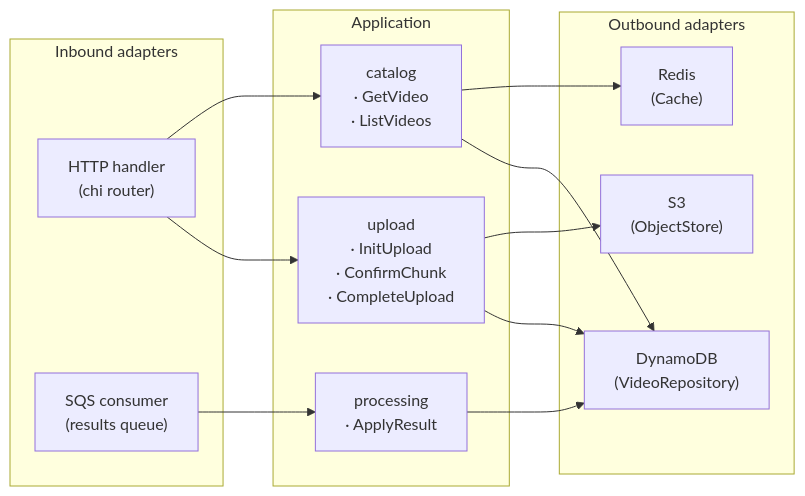
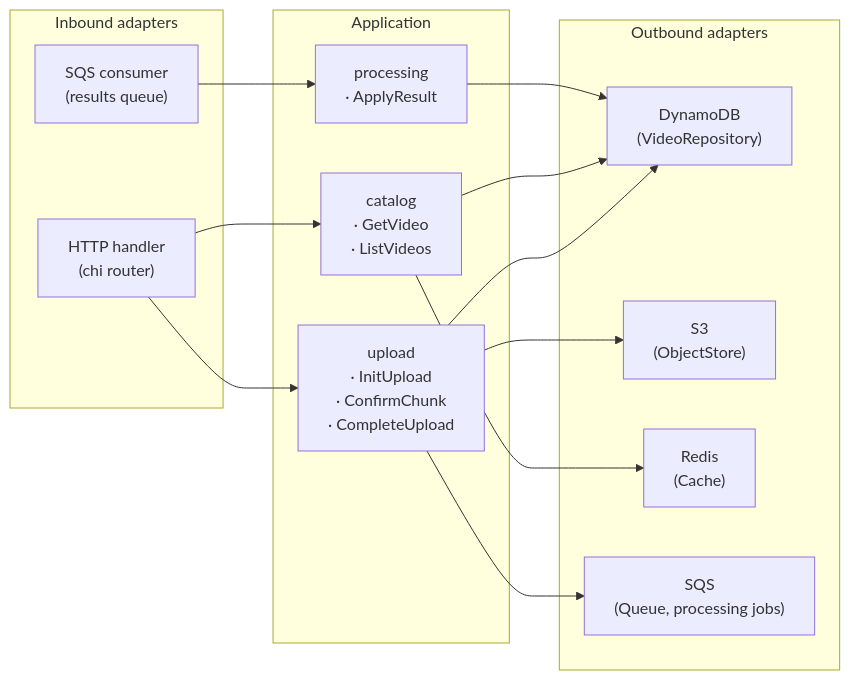
The first of 4 diagrams in backend/api/README.md (lregnier/design-youtube), drawn with Mermaid before and after one commit. The commit also changed other lines of this file and 26 other files, not shown here.

Commit message:
dispatch processing jobs from the API instead of via S3 notifications

````diff
--- a/backend/api/README.md
+++ b/backend/api/README.md
@@ -9,29 +9,31 @@
 ```mermaid
 graph LR
     subgraph Inbound["Inbound adapters"]
         HTTP["HTTP handler\n(chi router)"]
         SQSIn["SQS consumer\n(results queue)"]
     end
 
     subgraph App["Application"]
         Upload["upload\n· InitUpload\n· ConfirmChunk\n· CompleteUpload"]
         Catalog["catalog\n· GetVideo\n· ListVideos"]
         Processing["processing\n· ApplyResult"]
     end
 
     subgraph Outbound["Outbound adapters"]
         DynDB["DynamoDB\n(VideoRepository)"]
         S3["S3\n(ObjectStore)"]
         Redis["Redis\n(Cache)"]
+        SQSOut["SQS\n(Queue, processing jobs)"]
     end
 
     HTTP --> Upload
     HTTP --> Catalog
     SQSIn --> Processing
 
     Upload --> DynDB
     Upload --> S3
+    Upload --> SQSOut
     Catalog --> DynDB
     Catalog --> Redis
     Processing --> DynDB
 ```
````
